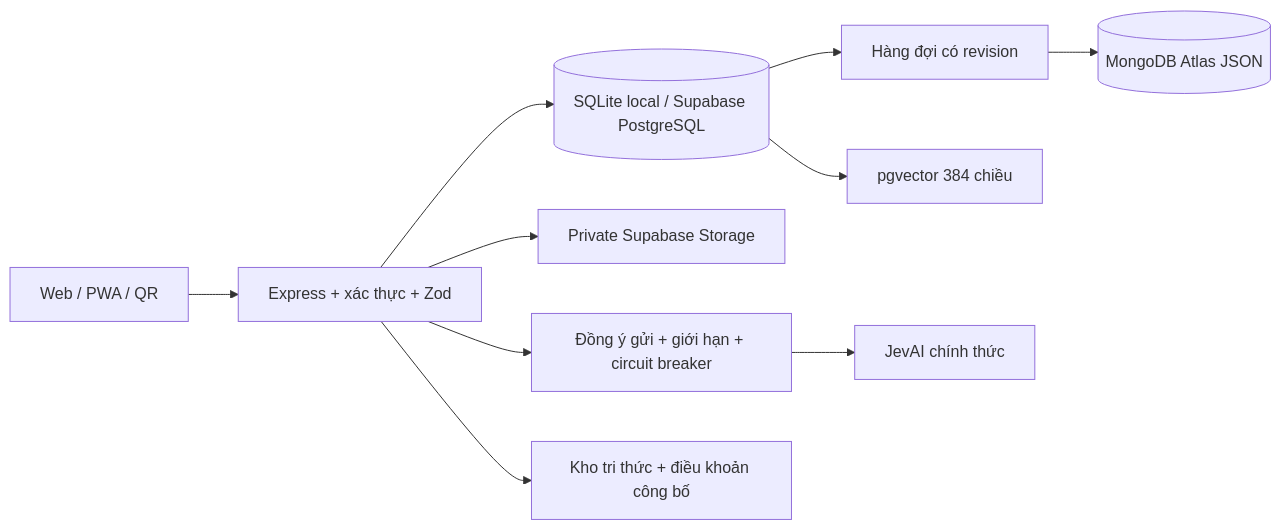
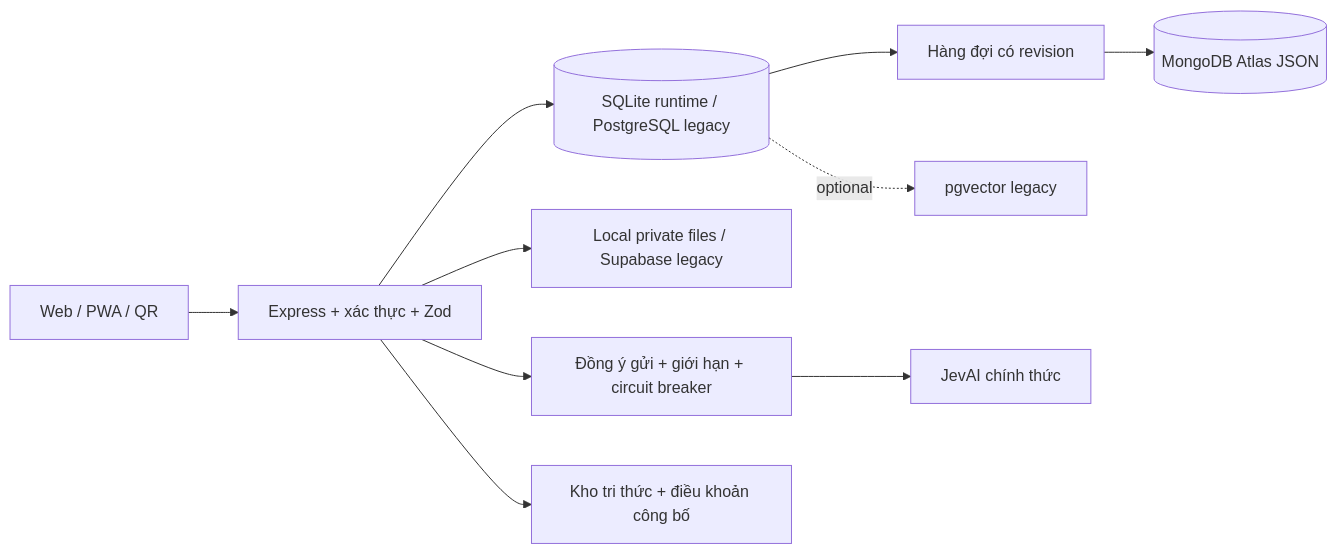
One commit to Jakcasas/musuroom changed the diagram in README.md. Above: the diagram before and after it, drawn with Mermaid. The commit also changed other lines of this file and 19 other files, not shown here.

````diff
--- a/README.md
+++ b/README.md
@@ -61,12 +61,12 @@
 ```mermaid
 flowchart LR
   Web[Web / PWA / QR] --> API[Express + xác thực + Zod]
-  API --> SQL[(SQLite local / Supabase PostgreSQL)]
-  API --> Files[Private Supabase Storage]
+  API --> SQL[(SQLite runtime / PostgreSQL legacy)]
+  API --> Files[Local private files / Supabase legacy]
   SQL --> Queue[Hàng đợi có revision]
   Queue --> Atlas[(MongoDB Atlas JSON)]
   API --> Gate[Đồng ý gửi + giới hạn + circuit breaker]
   Gate --> Jev[JevAI chính thức]
   API --> Sources[Kho tri thức + điều khoản công bố]
-  SQL --> Vector[pgvector 384 chiều]
+  SQL -. optional .-> Vector[pgvector legacy]
 ```
````
